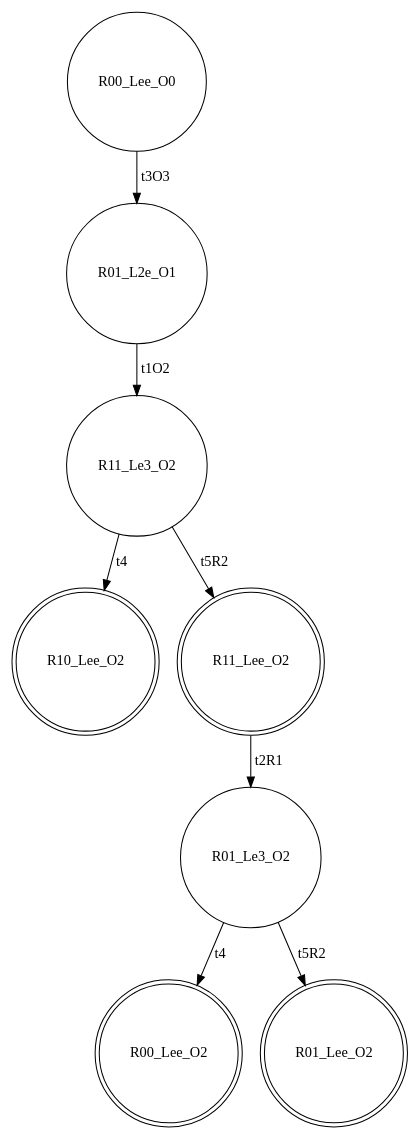
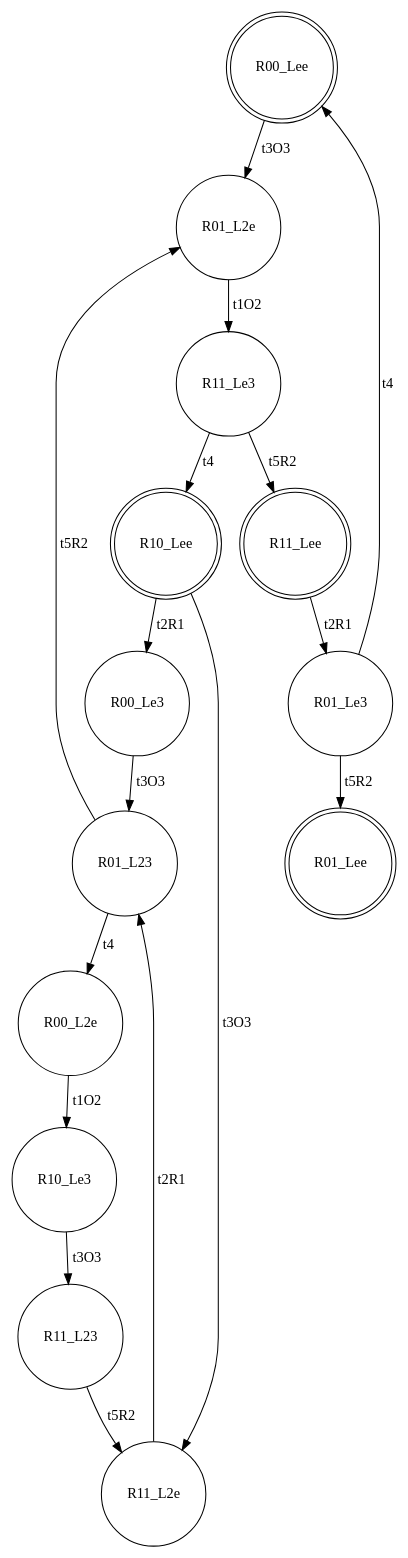
The diagram in SCe.dot (Stefano-BS/Explanatory-Diagnosis), drawn with Graphviz before and after one commit. The commit also changed 14 other files, not shown here.

```diff
--- a/SCe.dot
+++ b/SCe.dot
@@ -1,17 +1,31 @@
 digraph SCe {
-node [shape=circle]; R00_Lee_O0 ;
-node [shape=circle]; R01_L2e_O1 ;
-node [shape=circle]; R11_Le3_O2 ;
-node [shape=doublecircle]; R10_Lee_O2 ;
-node [shape=doublecircle]; R11_Lee_O2 ;
-node [shape=circle]; R01_Le3_O2 ;
-node [shape=doublecircle]; R00_Lee_O2 ;
-node [shape=doublecircle]; R01_Lee_O2 ;
-R00_Lee_O0 -> R01_L2e_O1 [label=t3O3]
-R01_L2e_O1 -> R11_Le3_O2 [label=t1O2]
-R11_Le3_O2 -> R10_Lee_O2 [label=t4]
-R11_Le3_O2 -> R11_Lee_O2 [label=t5R2]
-R11_Lee_O2 -> R01_Le3_O2 [label=t2R1]
-R01_Le3_O2 -> R00_Lee_O2 [label=t4]
-R01_Le3_O2 -> R01_Lee_O2 [label=t5R2]
+node [shape=doublecircle]; R00_Lee ;
+node [shape=circle]; R01_L2e ;
+node [shape=circle]; R11_Le3 ;
+node [shape=doublecircle]; R10_Lee ;
+node [shape=circle]; R00_Le3 ;
+node [shape=circle]; R01_L23 ;
+node [shape=circle]; R00_L2e ;
+node [shape=circle]; R10_Le3 ;
+node [shape=circle]; R11_L23 ;
+node [shape=circle]; R11_L2e ;
+node [shape=doublecircle]; R11_Lee ;
+node [shape=circle]; R01_Le3 ;
+node [shape=doublecircle]; R01_Lee ;
+R00_Lee -> R01_L2e [label=t3O3]
+R01_L2e -> R11_Le3 [label=t1O2]
+R11_Le3 -> R10_Lee [label=t4]
+R10_Lee -> R00_Le3 [label=t2R1]
+R00_Le3 -> R01_L23 [label=t3O3]
+R01_L23 -> R00_L2e [label=t4]
+R00_L2e -> R10_Le3 [label=t1O2]
+R10_Le3 -> R11_L23 [label=t3O3]
+R11_L23 -> R11_L2e [label=t5R2]
+R11_L2e -> R01_L23 [label=t2R1]
+R01_L23 -> R01_L2e [label=t5R2]
+R10_Lee -> R11_L2e [label=t3O3]
+R11_Le3 -> R11_Lee [label=t5R2]
+R11_Lee -> R01_Le3 [label=t2R1]
+R01_Le3 -> R00_Lee [label=t4]
+R01_Le3 -> R01_Lee [label=t5R2]
 }
```
